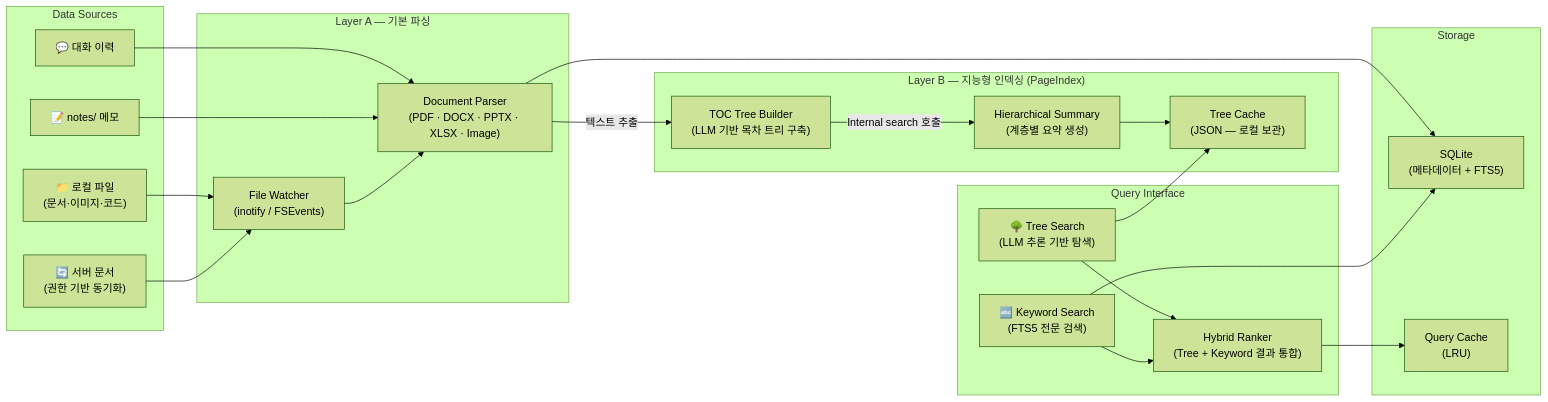
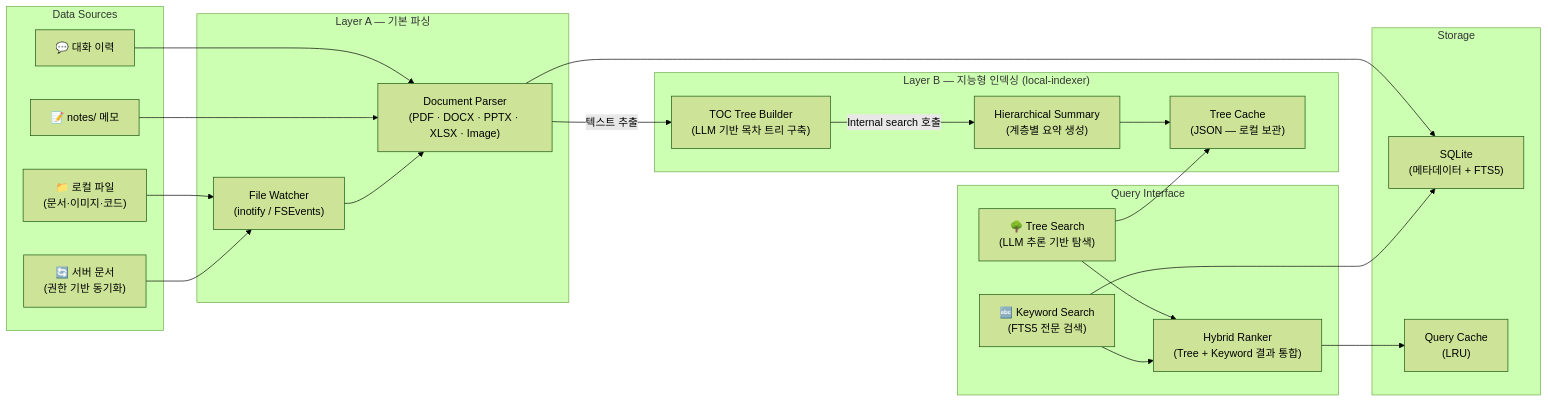
The eighth of 45 diagrams in docs/architecture/architecture.md (lvis-project/lvis-app), drawn with Mermaid (forest theme) before and after one commit. The commit also changed other lines of this file and 16 other files, not shown here.

First line of the commit message:
refactor: rename plugin references pageindex → local-indexer (#504)

````diff
--- a/docs/architecture/architecture.md
+++ b/docs/architecture/architecture.md
@@ -477,48 +477,48 @@
 ```mermaid
 graph LR
     subgraph "Data Sources"
         LOCAL_FILES["📁 로컬 파일<br/>(문서·이미지·코드)"]
         SERVER_DOCS["🔄 서버 문서<br/>(권한 기반 동기화)"]
         CHAT_HISTORY["💬 대화 이력"]
         NOTES["📝 notes/ 메모"]
     end
 
     subgraph "Layer A — 기본 파싱"
         WATCHER["File Watcher<br/>(inotify / FSEvents)"]
         PARSER["Document Parser<br/>(PDF · DOCX · PPTX · XLSX · Image)"]
     end
 
-    subgraph "Layer B — 지능형 인덱싱 (PageIndex)"
+    subgraph "Layer B — 지능형 인덱싱 (local-indexer)"
         TREE_BUILD["TOC Tree Builder<br/>(LLM 기반 목차 트리 구축)"]
         TREE_SUMMARY["Hierarchical Summary<br/>(계층별 요약 생성)"]
         TREE_JSON["Tree Cache<br/>(JSON — 로컬 보관)"]
     end
 
     subgraph "Storage"
         SQLITE["SQLite<br/>(메타데이터 + FTS5)"]
         CACHE["Query Cache<br/>(LRU)"]
     end
 
     subgraph "Query Interface"
         TREE_SEARCH["🌳 Tree Search<br/>(LLM 추론 기반 탐색)"]
         KEYWORD["🔤 Keyword Search<br/>(FTS5 전문 검색)"]
         HYBRID["Hybrid Ranker<br/>(Tree + Keyword 결과 통합)"]
     end
 
     LOCAL_FILES --> WATCHER
     SERVER_DOCS --> WATCHER
     CHAT_HISTORY --> PARSER
     NOTES --> PARSER
 
     WATCHER --> PARSER
     PARSER --> SQLITE
     PARSER -->|"텍스트 추출"| TREE_BUILD
     TREE_BUILD -->|"Internal search 호출"| TREE_SUMMARY
     TREE_SUMMARY --> TREE_JSON
 
     TREE_SEARCH --> TREE_JSON
     KEYWORD --> SQLITE
     TREE_SEARCH --> HYBRID
     KEYWORD --> HYBRID
     HYBRID --> CACHE
 ```
````
